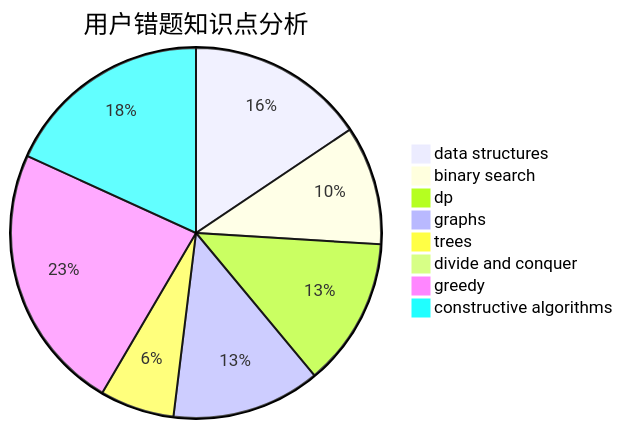
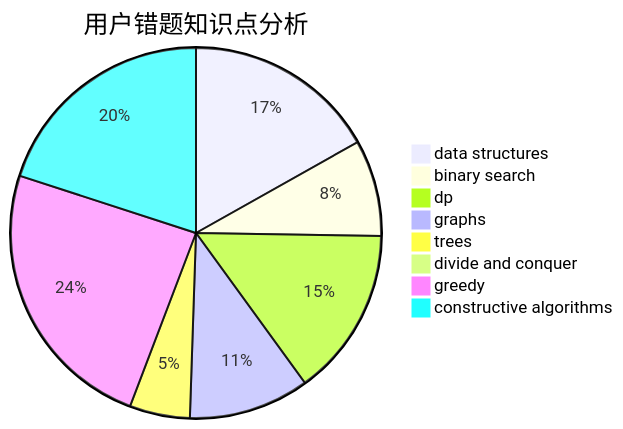
One commit to sherpahu/cfrs.github.io changed the third of 3 diagrams in docs/user/u2213.md. Above: the diagram before and after it, drawn with Mermaid. The commit also changed other lines of this file and 2770 other files, not shown here.

````diff
--- a/docs/user/u2213.md
+++ b/docs/user/u2213.md
@@ -36,11 +36,11 @@
 ```mermaid
 pie title 用户错题知识点分析
-    "data structures" :  12
+    "data structures" :  16
     "binary search" :  8
-    "dp" :  10
+    "dp" :  14
     "graphs" :  10
     "trees" :  5
     "divide and conquer" :  0
-    "greedy" :  18
-    "constructive algorithms" :  14
+    "greedy" :  23
+    "constructive algorithms" :  19
 ```
````
